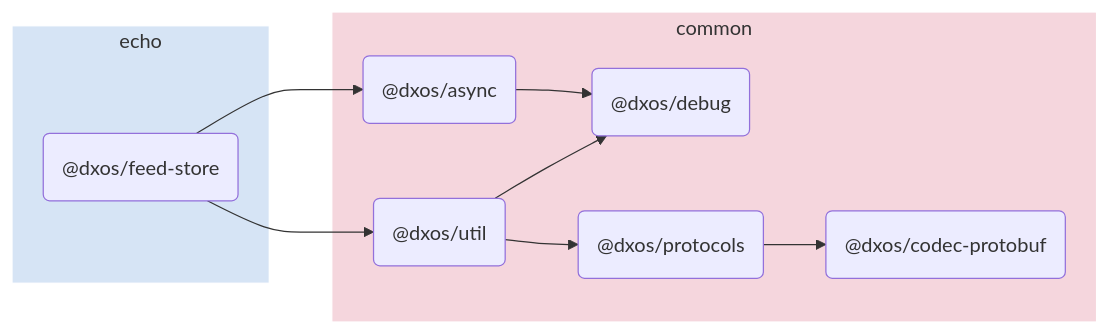
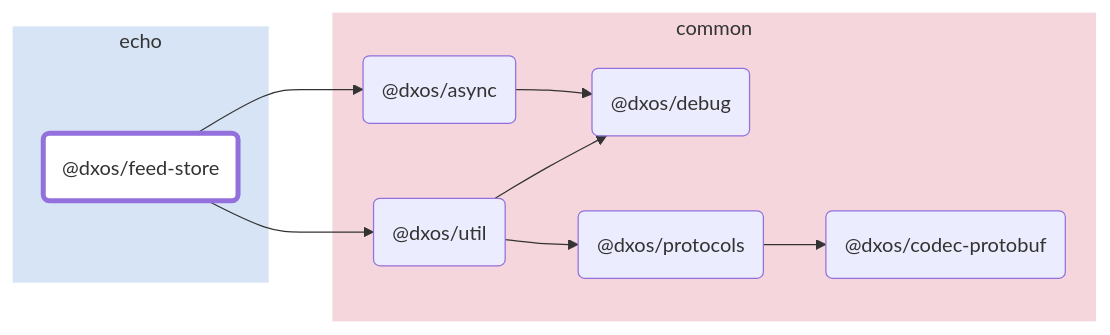
Before and after one commit to dxos/dxos: the diagram in packages/echo/feed-store/docs/README.md, drawn with Mermaid. The commit also changed other lines of this file and 88 other files, not shown here.

````diff
--- a/packages/echo/feed-store/docs/README.md
+++ b/packages/echo/feed-store/docs/README.md
@@ -5,24 +7,31 @@
 ```mermaid
 flowchart LR;
+
+style dxos/feed-store fill:#fff,stroke-width:4px;
+
+click dxos/async "https:/github.com/dxos/dxos/tree/main/packages/common/async/docs";
+click dxos/debug "https:/github.com/dxos/dxos/tree/main/packages/common/debug/docs";
+click dxos/util "https:/github.com/dxos/dxos/tree/main/packages/common/util/docs";
+click dxos/protocols "https:/github.com/dxos/dxos/tree/main/packages/common/protocols/docs";
 
 subgraph echo
   style echo fill:#d6e4f5,stroke:#fff;
   dxos/feed-store("@dxos/feed-store");
 end
 
 subgraph common
   style common fill:#f5d6dd,stroke:#fff;
   dxos/async("@dxos/async");
   dxos/debug("@dxos/debug");
   dxos/util("@dxos/util");
   dxos/protocols("@dxos/protocols");
   dxos/codec-protobuf("@dxos/codec-protobuf");
 end
 
 dxos/feed-store --> dxos/async;
 dxos/async --> dxos/debug;
 dxos/feed-store --> dxos/util;
 dxos/util --> dxos/debug;
 dxos/util --> dxos/protocols;
 dxos/protocols --> dxos/codec-protobuf;
 ```
````
